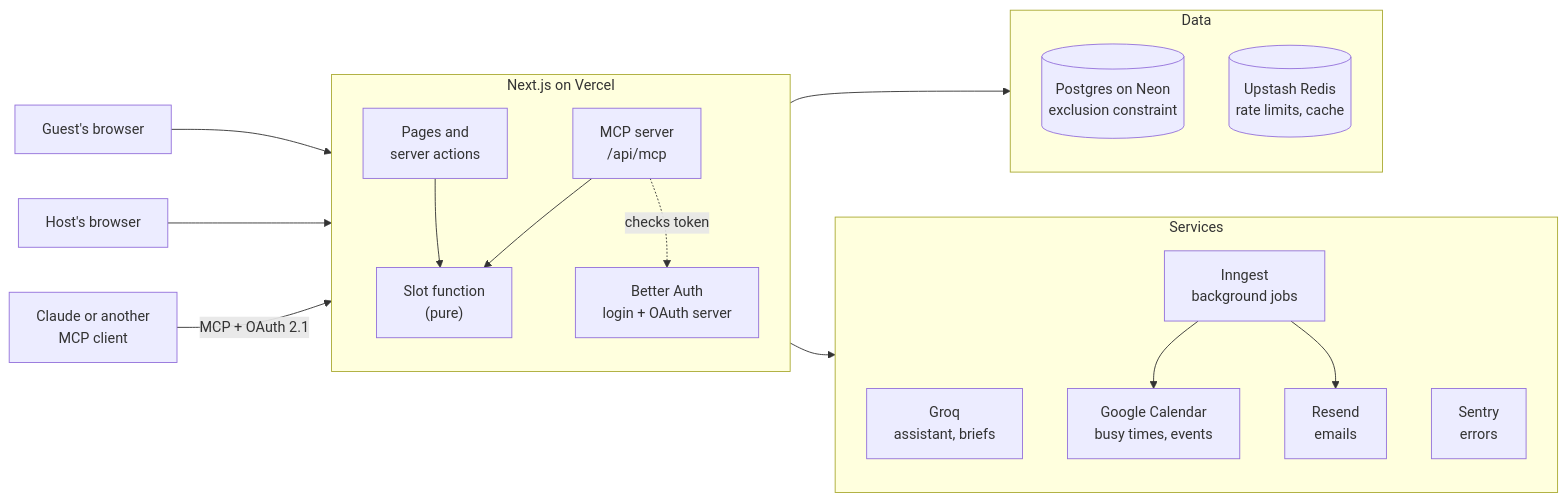
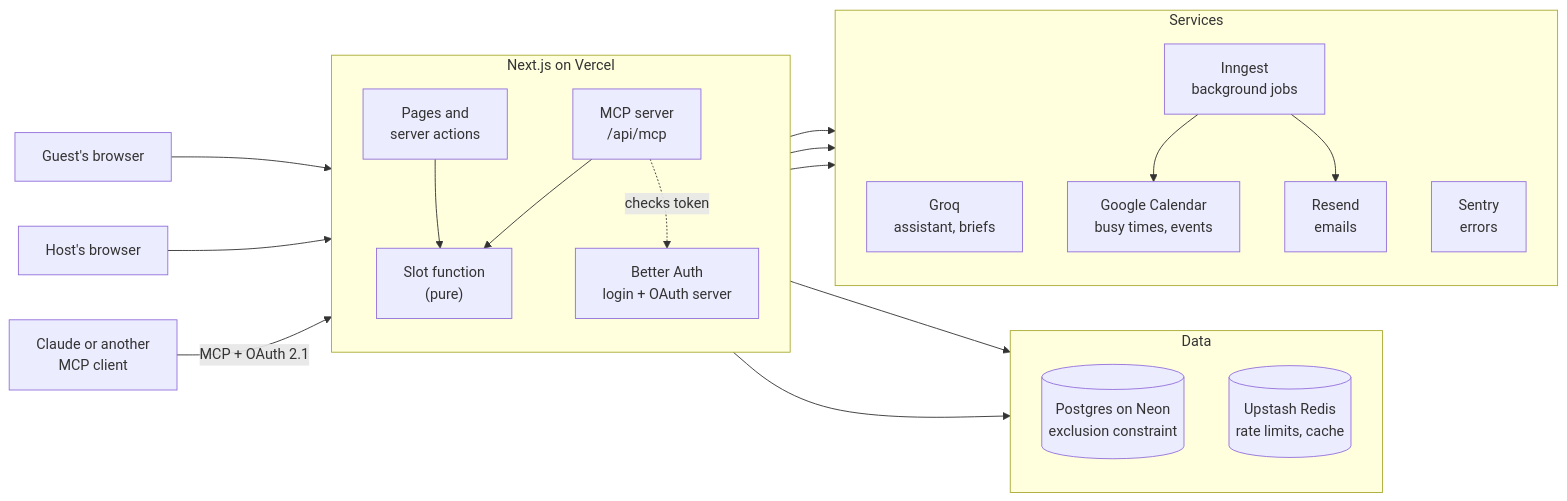
The diagram in README.md (SakifAzwad/MeetReady-V2), drawn with Mermaid before and after one commit. The commit also changed other lines of this file, not shown here.

Commit message:
docs: Updated README (The architecture part)

````diff
--- a/README.md
+++ b/README.md
@@ -59,37 +61,42 @@
 ```mermaid
 flowchart LR
   guest["Guest's browser"] --> pages
   host["Host's browser"] --> pages
-  claude["Claude or another<br/>MCP client"] -- "MCP + OAuth 2.1" --> mcp
+  claude["Claude or another<br/>MCP client"] -->|"MCP + OAuth 2.1"| mcp
 
   subgraph app["Next.js on Vercel"]
     direction TB
     pages["Pages and<br/>server actions"]
     mcp["MCP server<br/>/api/mcp"]
     oauth["Better Auth<br/>login + OAuth server"]
     slots["Slot function<br/>(pure)"]
+
     pages --> slots
     mcp --> slots
-    mcp -. "checks token" .-> oauth
+    mcp -.->|checks token| oauth
   end
 
   subgraph data["Data"]
     direction TB
     pg[("Postgres on Neon<br/>exclusion constraint")]
     redis[("Upstash Redis<br/>rate limits, cache")]
   end
 
   subgraph services["Services"]
     direction TB
     groq["Groq<br/>assistant, briefs"]
     inngest["Inngest<br/>background jobs"]
     google["Google Calendar<br/>busy times, events"]
     resend["Resend<br/>emails"]
     sentry["Sentry<br/>errors"]
+
     inngest --> google
     inngest --> resend
   end
 
-  app --> data
-  app --> services
+  pages --> pg
+  pages --> redis
+  pages --> groq
+  pages --> inngest
+  pages --> sentry
 ```
````
